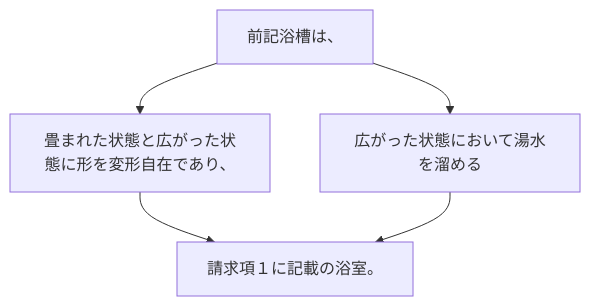
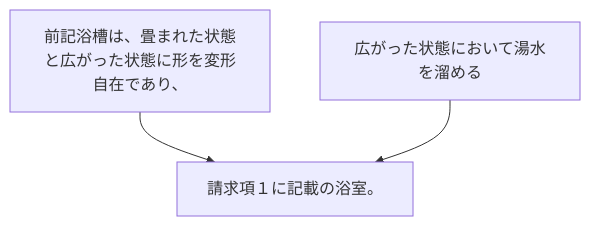
Before and after one commit to shinmori55/patent_analyzed: the diagram in 2024/JP2024021992A/claim_2/README.md, drawn with Mermaid. The commit also changed 336 other files, not shown here.

````diff
--- a/2024/JP2024021992A/claim_2/README.md
+++ b/2024/JP2024021992A/claim_2/README.md
@@ -2,11 +2,8 @@
 ```mermaid
 flowchart TD
-A[前記浴槽は、]
-B[畳まれた状態と広がった状態に形を変形自在であり、]
-C[広がった状態において湯水を溜める]
-D[請求項１に記載の浴室。]
-A --> B
+A[前記浴槽は、畳まれた状態と広がった状態に形を変形自在であり、]
+B[広がった状態において湯水を溜める]
+C[請求項１に記載の浴室。]
 A --> C
-B --> D
-C --> D
+B --> C
 ```
````
